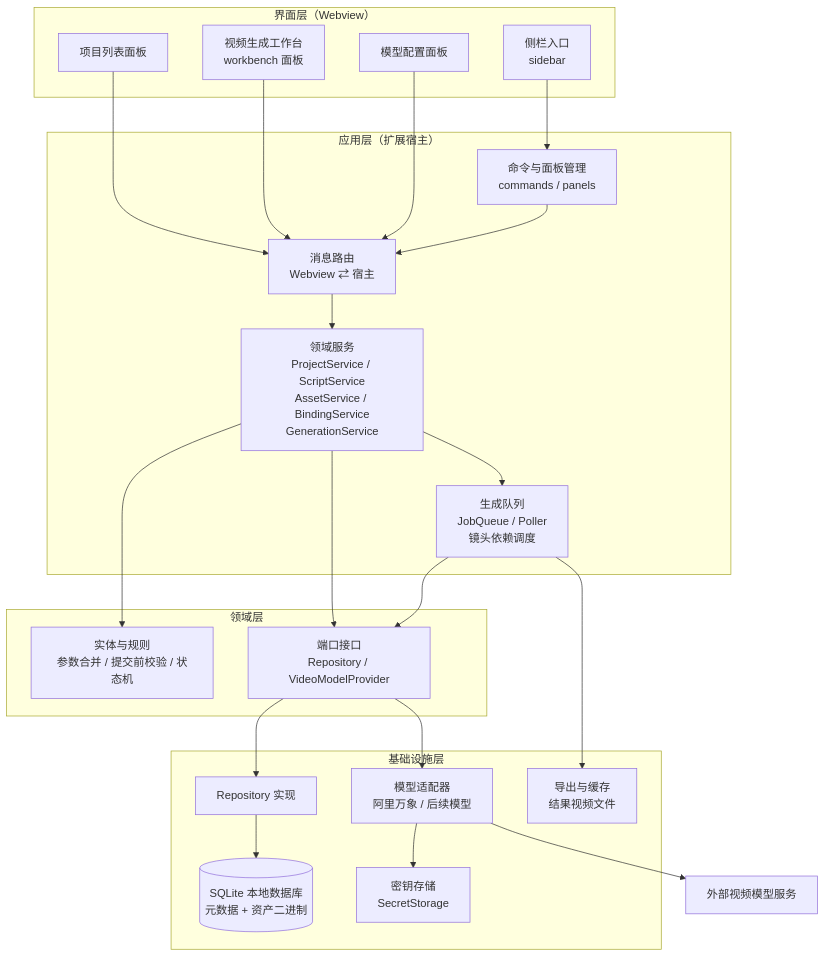
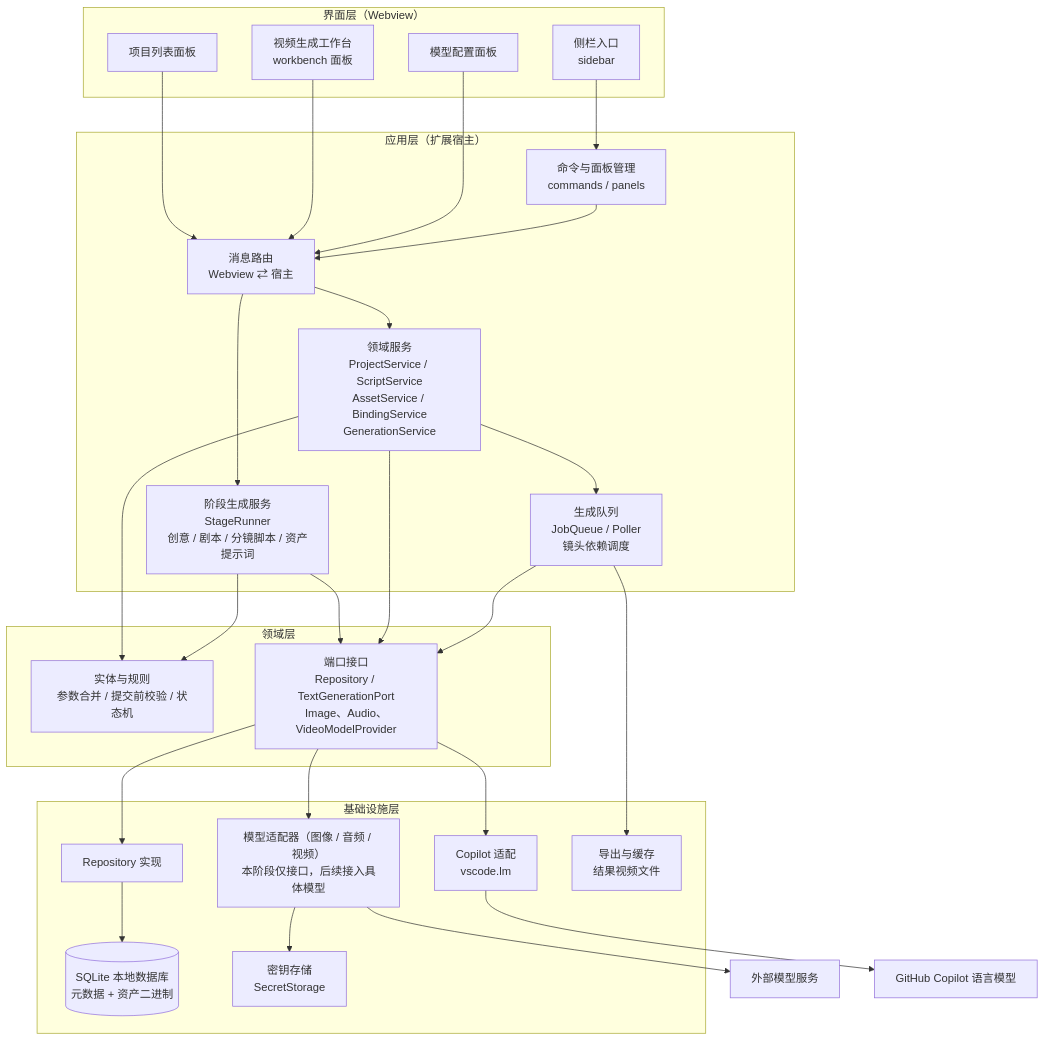
The first of 10 diagrams in docs/ARCHITECTURE.md (sengbin/ai-video-studio), drawn with Mermaid before and after one commit. The commit also changed other lines of this file and 2 other files, not shown here.

First line of the commit message:
补充内容生成阶段设计：Copilot 直接调用、人工确认、三类模型接口

````diff
--- a/docs/ARCHITECTURE.md
+++ b/docs/ARCHITECTURE.md
@@ -20,48 +22,56 @@
 ```mermaid
 flowchart TB
   subgraph UI["界面层（Webview）"]
     SB["侧栏入口<br/>sidebar"]
     WB["视频生成工作台<br/>workbench 面板"]
     PM["项目列表面板"]
     MC["模型配置面板"]
   end
 
   subgraph APP["应用层（扩展宿主）"]
     CMD["命令与面板管理<br/>commands / panels"]
     MSG["消息路由<br/>Webview ⇄ 宿主"]
     SVC["领域服务<br/>ProjectService / ScriptService<br/>AssetService / BindingService<br/>GenerationService"]
     QUE["生成队列<br/>JobQueue / Poller<br/>镜头依赖调度"]
+    STG["阶段生成服务<br/>StageRunner<br/>创意 / 剧本 / 分镜脚本 / 资产提示词"]
   end
 
   subgraph DOM["领域层"]
     ENT["实体与规则<br/>参数合并 / 提交前校验 / 状态机"]
-    PORT["端口接口<br/>Repository / VideoModelProvider"]
+    PORT["端口接口<br/>Repository / TextGenerationPort<br/>Image、Audio、VideoModelProvider"]
   end
 
   subgraph INFRA["基础设施层"]
     DB[("SQLite 本地数据库<br/>元数据 + 资产二进制")]
     REPO["Repository 实现"]
-    PRV["模型适配器<br/>阿里万象 / 后续模型"]
+    PRV["模型适配器（图像 / 音频 / 视频）<br/>本阶段仅接口，后续接入具体模型"]
+    COP["Copilot 适配<br/>vscode.lm"]
     SEC["密钥存储<br/>SecretStorage"]
     FS["导出与缓存<br/>结果视频文件"]
   end
 
-  EXT["外部视频模型服务"]
+  EXT["外部模型服务"]
+  CPL["GitHub Copilot 语言模型"]
 
   SB --> CMD
   PM --> MSG
   WB --> MSG
   MC --> MSG
   CMD --> MSG
   MSG --> SVC
+  MSG --> STG
   SVC --> ENT
+  STG --> ENT
+  STG --> PORT
   SVC --> QUE
   SVC --> PORT
   QUE --> PORT
   PORT --> REPO
   PORT --> PRV
+  PORT --> COP
+  COP --> CPL
   REPO --> DB
   PRV --> SEC
   PRV --> EXT
   QUE --> FS
 ```
````
